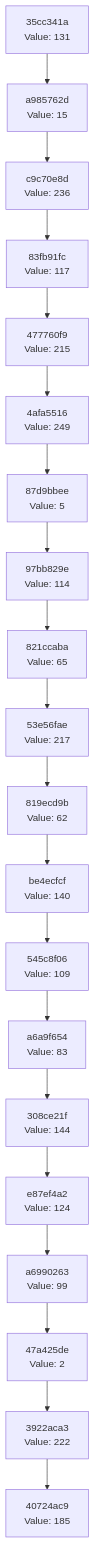
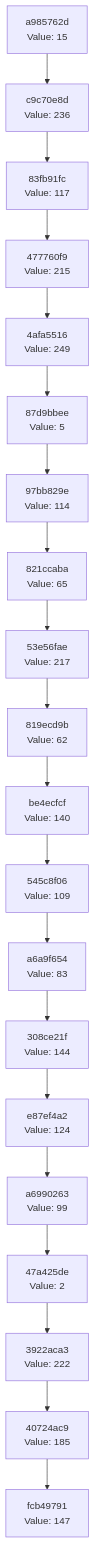
The diagram in docs/CHAIN_VISUALIZATION.md (Abhisheksinha1506/hash-chain-evolver), drawn with Mermaid before and after one commit. The commit also changed 3 other files, not shown here.

````diff
--- a/docs/CHAIN_VISUALIZATION.md
+++ b/docs/CHAIN_VISUALIZATION.md
@@ -3,42 +3,42 @@
 ```mermaid
 graph TD
-    C0["40724ac9<br/>Value: 185"]
-    C1["3922aca3<br/>Value: 222"]
+    C0["fcb49791<br/>Value: 147"]
+    C1["40724ac9<br/>Value: 185"]
     C1 --> C0
-    C2["47a425de<br/>Value: 2"]
+    C2["3922aca3<br/>Value: 222"]
     C2 --> C1
-    C3["a6990263<br/>Value: 99"]
+    C3["47a425de<br/>Value: 2"]
     C3 --> C2
-    C4["e87ef4a2<br/>Value: 124"]
+    C4["a6990263<br/>Value: 99"]
     C4 --> C3
-    C5["308ce21f<br/>Value: 144"]
+    C5["e87ef4a2<br/>Value: 124"]
     C5 --> C4
-    C6["a6a9f654<br/>Value: 83"]
+    C6["308ce21f<br/>Value: 144"]
     C6 --> C5
-    C7["545c8f06<br/>Value: 109"]
+    C7["a6a9f654<br/>Value: 83"]
     C7 --> C6
-    C8["be4ecfcf<br/>Value: 140"]
+    C8["545c8f06<br/>Value: 109"]
     C8 --> C7
-    C9["819ecd9b<br/>Value: 62"]
+    C9["be4ecfcf<br/>Value: 140"]
     C9 --> C8
-    C10["53e56fae<br/>Value: 217"]
+    C10["819ecd9b<br/>Value: 62"]
     C10 --> C9
-    C11["821ccaba<br/>Value: 65"]
+    C11["53e56fae<br/>Value: 217"]
     C11 --> C10
-    C12["97bb829e<br/>Value: 114"]
+    C12["821ccaba<br/>Value: 65"]
     C12 --> C11
-    C13["87d9bbee<br/>Value: 5"]
+    C13["97bb829e<br/>Value: 114"]
     C13 --> C12
-    C14["4afa5516<br/>Value: 249"]
+    C14["87d9bbee<br/>Value: 5"]
     C14 --> C13
-    C15["477760f9<br/>Value: 215"]
+    C15["4afa5516<br/>Value: 249"]
     C15 --> C14
-    C16["83fb91fc<br/>Value: 117"]
+    C16["477760f9<br/>Value: 215"]
     C16 --> C15
-    C17["c9c70e8d<br/>Value: 236"]
+    C17["83fb91fc<br/>Value: 117"]
     C17 --> C16
-    C18["a985762d<br/>Value: 15"]
+    C18["c9c70e8d<br/>Value: 236"]
     C18 --> C17
-    C19["35cc341a<br/>Value: 131"]
+    C19["a985762d<br/>Value: 15"]
     C19 --> C18
 ```
````
